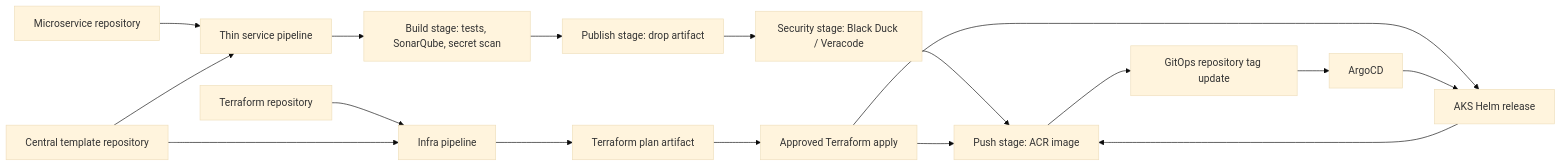
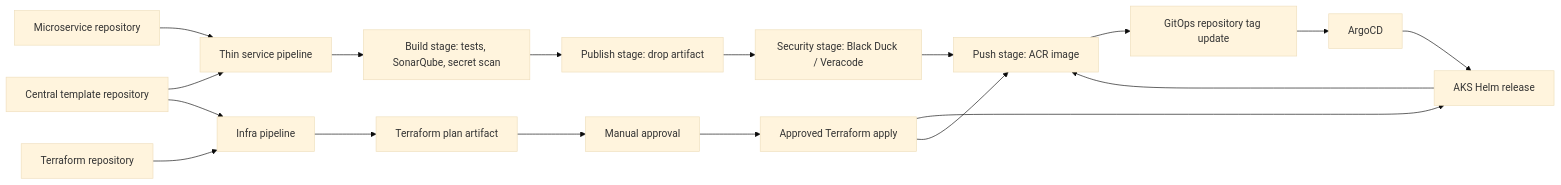
The diagram in docs/azure-devops-project-setup.md (dagartijender/Git_hub), drawn with Mermaid (base theme) before and after one commit. The commit also changed other lines of this file and 6 other files, not shown here.

Commit message:
Add manual approval gate for infra apply

````diff
--- a/docs/azure-devops-project-setup.md
+++ b/docs/azure-devops-project-setup.md
@@ -126,19 +131,20 @@
 ```mermaid
 flowchart LR
     ServiceRepo["Microservice repository"] --> Pipeline["Thin service pipeline"]
     Templates["Central template repository"] --> Pipeline
     Pipeline --> Build["Build stage: tests, SonarQube, secret scan"]
     Build --> Publish["Publish stage: drop artifact"]
     Publish --> Scans["Security stage: Black Duck / Veracode"]
     Scans --> ACR["Push stage: ACR image"]
     ACR --> GitOps["GitOps repository tag update"]
     InfraRepo["Terraform repository"] --> InfraPipeline["Infra pipeline"]
     Templates --> InfraPipeline
     InfraPipeline --> TFPlan["Terraform plan artifact"]
-    TFPlan --> TFApply["Approved Terraform apply"]
+    TFPlan --> Approval["Manual approval"]
+    Approval --> TFApply["Approved Terraform apply"]
     TFApply --> AKS
     TFApply --> ACR
     GitOps --> ArgoCD["ArgoCD"]
     ArgoCD --> AKS["AKS Helm release"]
     AKS --> ACR
 ```
````
